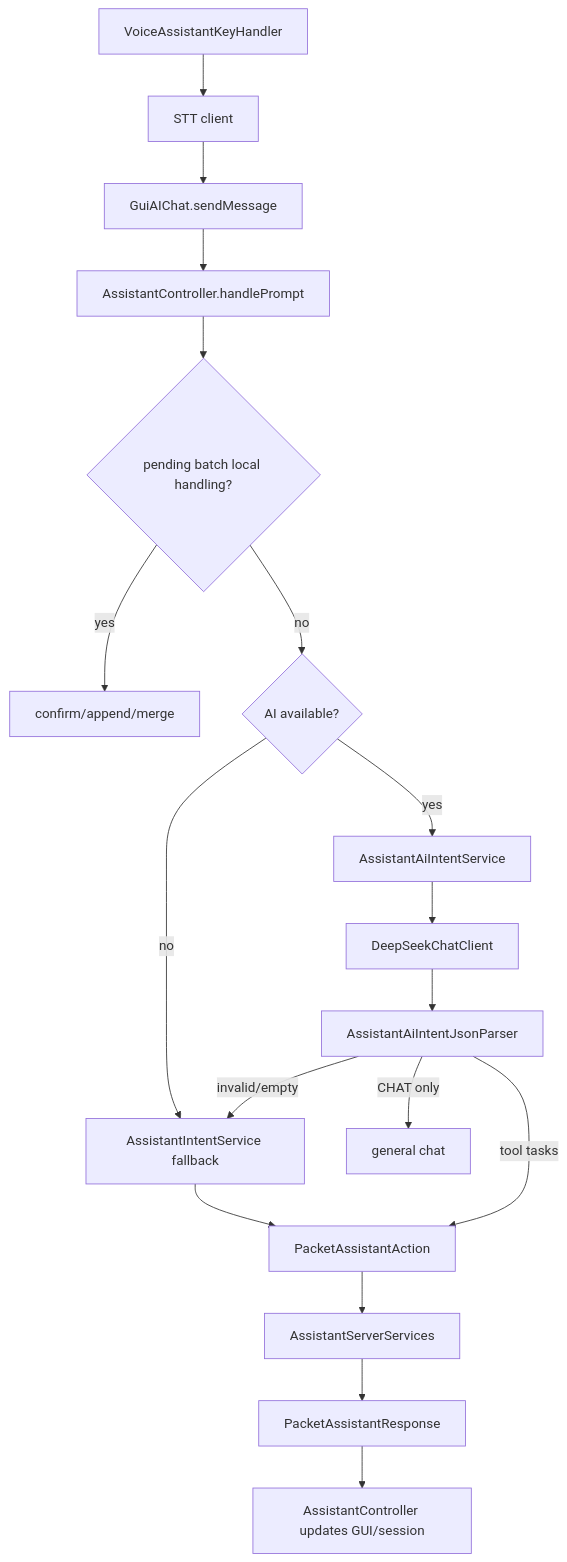
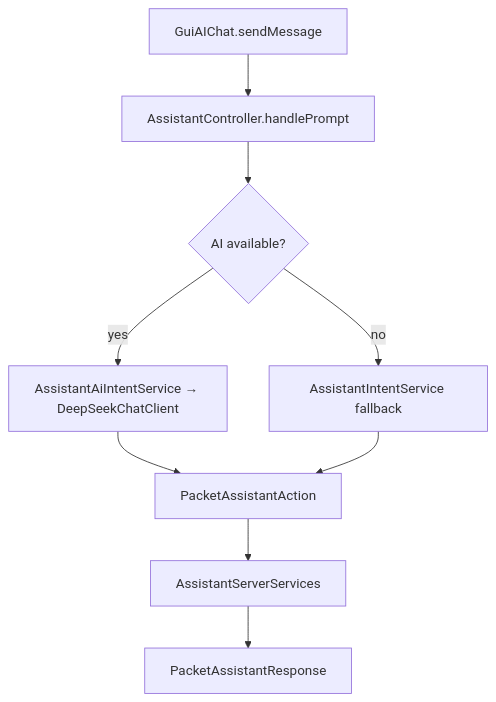
The diagram in docs/en/developer/technical-documentation.md (ImgoodWK/AdvanceDataMonitor429), drawn with Mermaid before and after one commit. The commit also changed other lines of this file and 131 other files, not shown here.

First line of the commit message:
feat(webae): 世界地图多级质量渲染引擎、瓦片预取进度与 TeXTech 数据目录迁移

````diff
--- a/docs/en/developer/technical-documentation.md
+++ b/docs/en/developer/technical-documentation.md
@@ -1229,20 +1224,11 @@
 ```mermaid
 flowchart TD
     A[GuiAIChat.sendMessage] --> B[AssistantController.handlePrompt]
-    V[VoiceAssistantKeyHandler] --> W[STT client]
-    W --> A
-    B --> C{pending batch local handling?}
-    C -->|yes| D[confirm/append/merge]
-    C -->|no| E{AI available?}
-    E -->|no| F[AssistantIntentService fallback]
-    E -->|yes| G[AssistantAiIntentService]
-    G --> H[DeepSeekChatClient]
-    H --> I[AssistantAiIntentJsonParser]
-    I -->|invalid/empty| F
-    I -->|CHAT only| J[general chat]
-    I -->|tool tasks| K[PacketAssistantAction]
-    F --> K
-    K --> L[AssistantServerServices]
-    L --> M[PacketAssistantResponse]
-    M --> N[AssistantController updates GUI/session]
+    B --> C{AI available?}
+    C -->|no| D[AssistantIntentService fallback]
+    C -->|yes| E[AssistantAiIntentService → DeepSeekChatClient]
+    E --> F[PacketAssistantAction]
+    D --> F
+    F --> G[AssistantServerServices]
+    G --> H[PacketAssistantResponse]
 ```
````
